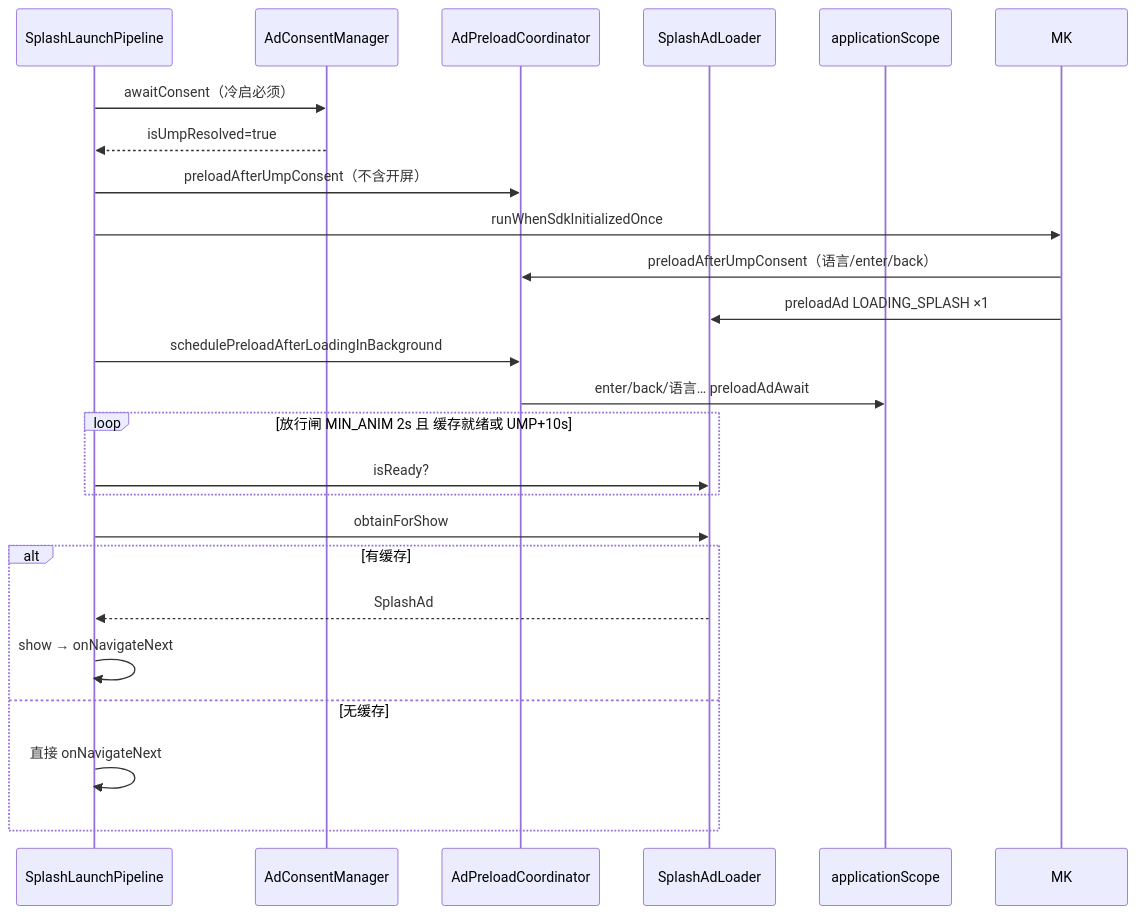
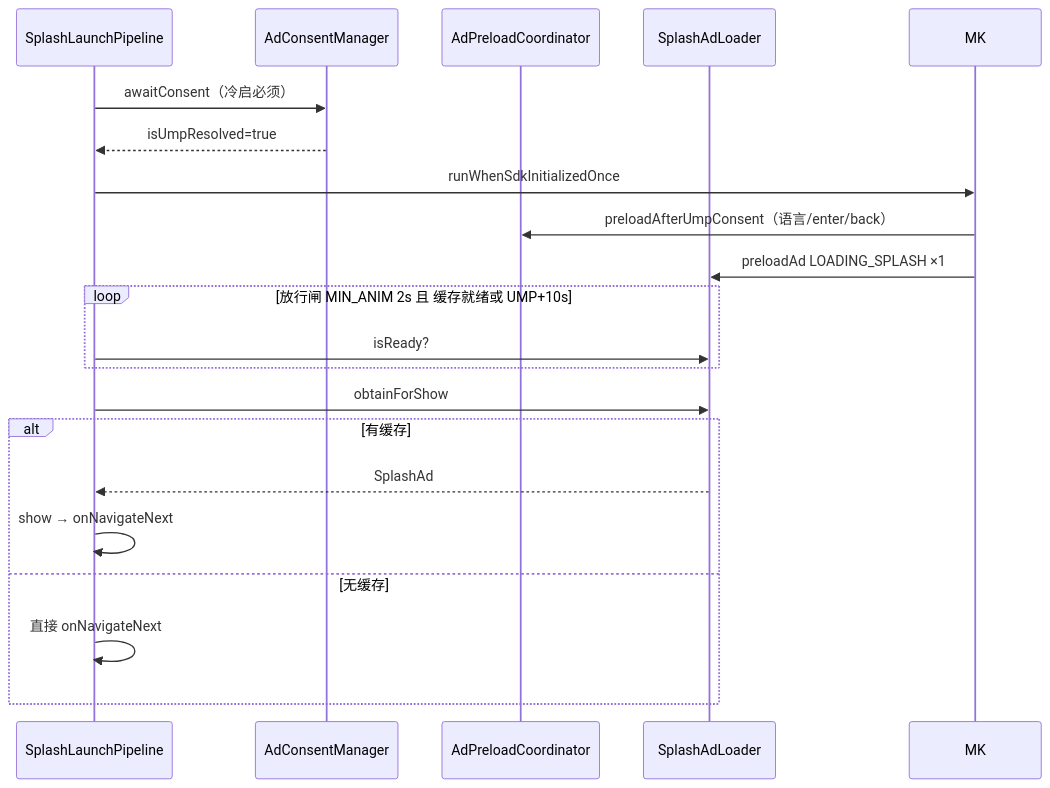
The diagram in admob广告/splash-loading.md (captainGithubAccount/skill), drawn with Mermaid before and after one commit. The commit also changed other lines of this file and 9 other files, not shown here.

````diff
--- a/admob广告/splash-loading.md
+++ b/admob广告/splash-loading.md
@@ -12,27 +12,23 @@
 ```mermaid
 sequenceDiagram
     participant S as SplashLaunchPipeline
     participant UMP as AdConsentManager
     participant C as AdPreloadCoordinator
     participant L as SplashAdLoader
-    participant BG as applicationScope
 
     S->>UMP: awaitConsent（冷启必须）
     UMP-->>S: isUmpResolved=true
-    S->>C: preloadAfterUmpConsent（不含开屏）
     S->>MK: runWhenSdkInitializedOnce
     MK->>C: preloadAfterUmpConsent（语言/enter/back）
     MK->>L: preloadAd LOADING_SPLASH ×1
-    S->>C: schedulePreloadAfterLoadingInBackground
-    C->>BG: enter/back/语言… preloadAdAwait
     loop 放行闸 MIN_ANIM 2s 且 缓存就绪或 UMP+10s
         S->>L: isReady?
     end
     S->>L: obtainForShow
     alt 有缓存
         L-->>S: SplashAd
         S->>S: show → onNavigateNext
     else 无缓存
         S->>S: 直接 onNavigateNext
     end
 ```
````
